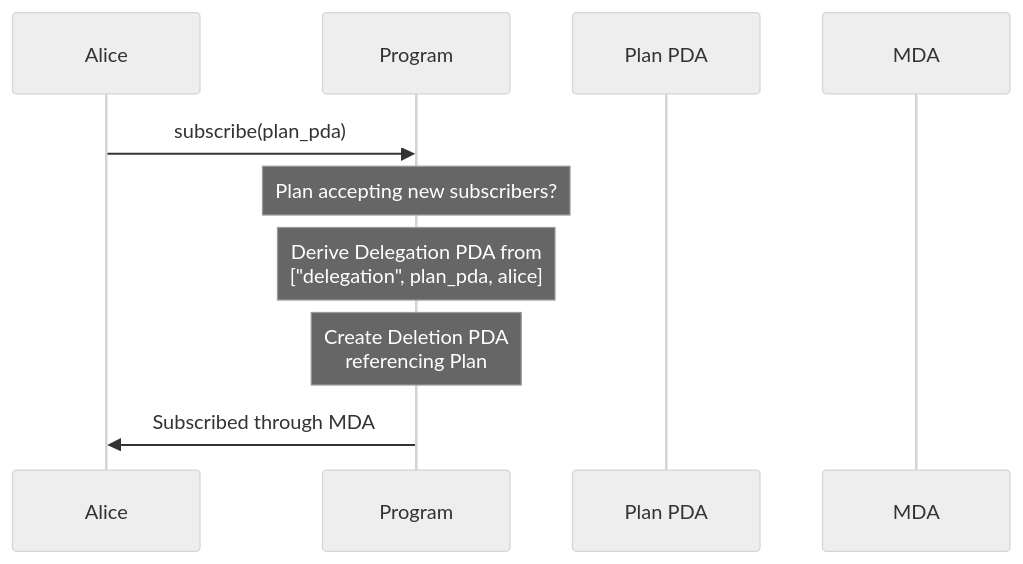
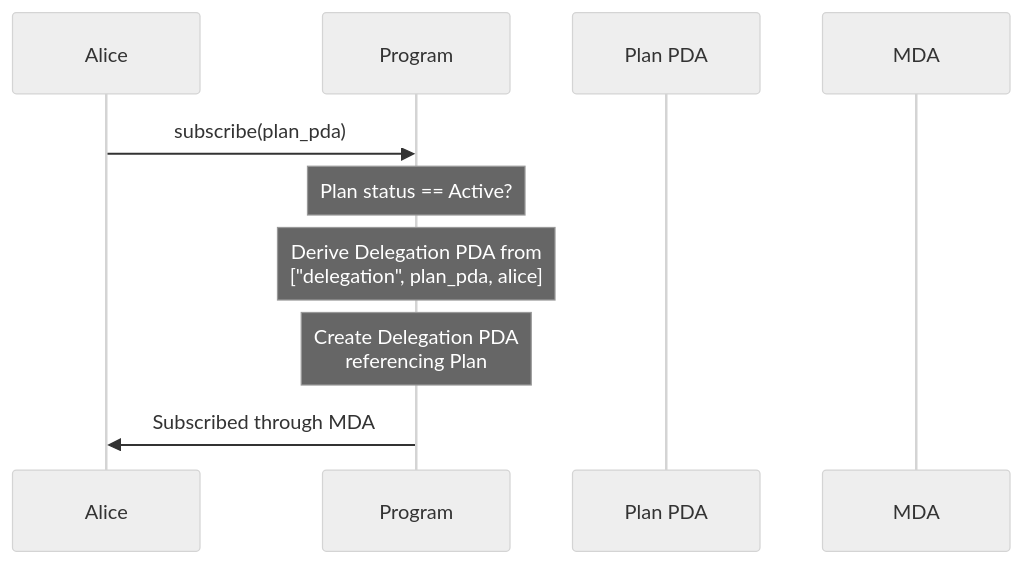
The third of 6 diagrams in docs/002-subscriptions-architecture.md (solana-program/multi-delegator), drawn with Mermaid (neutral theme) before and after one commit. The commit also changed other lines of this file and 11 other files, not shown here.

First line of the commit message:
Feat: CreatePlan instruction (#70)

````diff
--- a/docs/002-subscriptions-architecture.md
+++ b/docs/002-subscriptions-architecture.md
@@ -378,13 +377,13 @@
 ```mermaid
 sequenceDiagram
     participant A as Alice
     participant P as Program
     participant Plan as Plan PDA
     participant MDA as MDA
 
     A->>P: subscribe(plan_pda)
-    Note over P: Plan accepting new subscribers?
+    Note over P: Plan status == Active?
     Note over P: Derive Delegation PDA from<br/>["delegation", plan_pda, alice]
-    Note over P: Create Deletion PDA<br/>referencing Plan
+    Note over P: Create Delegation PDA<br/>referencing Plan
     P->>A: Subscribed through MDA
 ```
````
